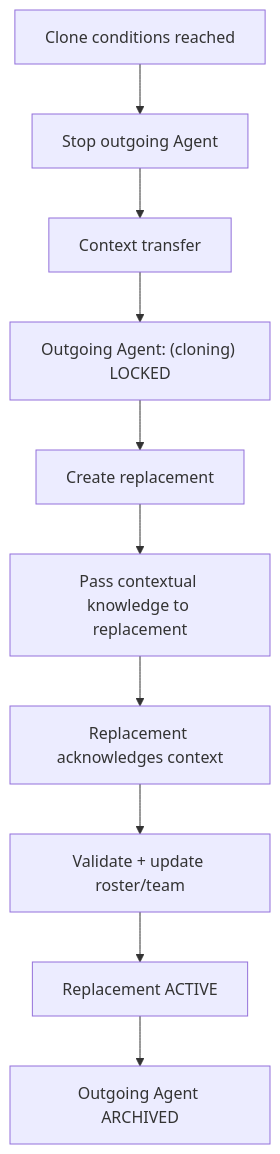
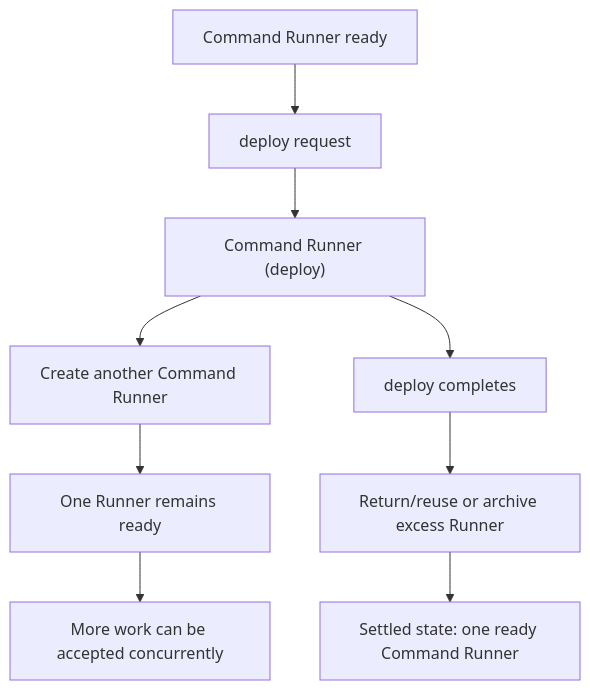
Before and after one commit to starodubtsevconsulting/ai-workflows: the fourth of 4 diagrams in README.md, drawn with Mermaid. The commit also changed other lines of this file, not shown here.

Commit message:
Document Elastic Agent Pool mechanism

````diff
--- a/README.md
+++ b/README.md
@@ -115,12 +100,11 @@
 ```mermaid
 flowchart TD
-  A["Clone conditions reached"] --> B["Stop outgoing Agent"]
-  B --> C["Context transfer"]
-  C --> D["Outgoing Agent: (cloning) LOCKED"]
-  D --> E["Create replacement"]
-  E --> F["Pass contextual knowledge to replacement"]
-  F --> G["Replacement acknowledges context"]
-  G --> H["Validate + update roster/team"]
-  H --> I["Replacement ACTIVE"]
-  I --> J["Outgoing Agent ARCHIVED"]
+  A["Command Runner ready"] --> B["deploy request"]
+  B --> C["Command Runner (deploy)"]
+  C --> D["Create another Command Runner"]
+  D --> E["One Runner remains ready"]
+  E --> F["More work can be accepted concurrently"]
+  C --> G["deploy completes"]
+  G --> H["Return/reuse or archive excess Runner"]
+  H --> I["Settled state: one ready Command Runner"]
 ```
````
